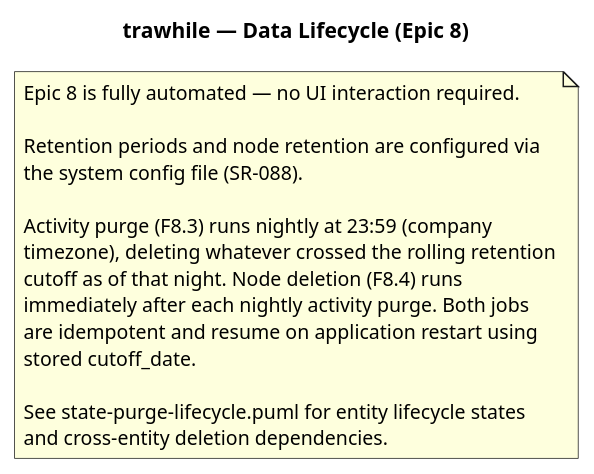
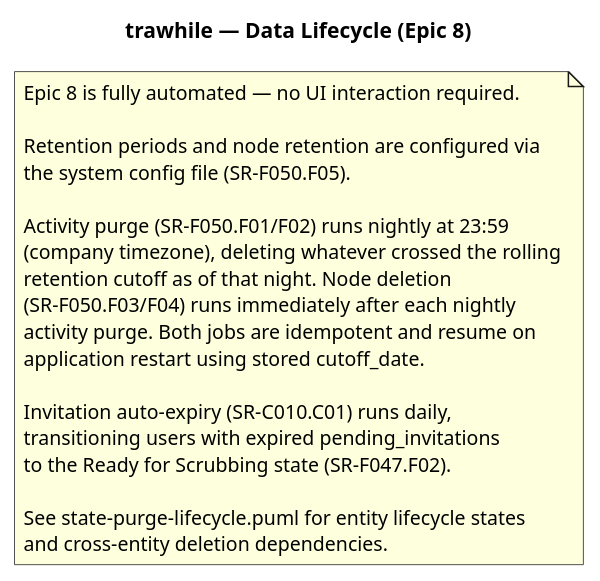
The diagram in docs/uml/use-cases-data-lifecycle.puml (uCore7/trawhile), drawn with PlantUML before and after one commit. The commit also changed 78 other files, not shown here.

```diff
--- a/docs/uml/use-cases-data-lifecycle.puml
+++ b/docs/uml/use-cases-data-lifecycle.puml
@@ -1,21 +1,25 @@
 @startuml use-cases-data-lifecycle
 title trawhile — Data Lifecycle (Epic 8)
 
 note as N
   Epic 8 is fully automated — no UI interaction required.
 
   Retention periods and node retention are configured via
-  the system config file (SR-088).
+  the system config file (SR-F050.F05).
 
-  Activity purge (F8.3) runs nightly at 23:59 (company
-  timezone), deleting whatever crossed the rolling retention
-  cutoff as of that night. Node deletion (F8.4) runs
-  immediately after each nightly activity purge. Both jobs
-  are idempotent and resume on application restart using
-  stored cutoff_date.
+  Activity purge (SR-F050.F01/F02) runs nightly at 23:59
+  (company timezone), deleting whatever crossed the rolling
+  retention cutoff as of that night. Node deletion
+  (SR-F050.F03/F04) runs immediately after each nightly
+  activity purge. Both jobs are idempotent and resume on
+  application restart using stored cutoff_date.
+
+  Invitation auto-expiry (SR-C010.C01) runs daily,
+  transitioning users with expired pending_invitations
+  to the Ready for Scrubbing state (SR-F047.F02).
 
   See state-purge-lifecycle.puml for entity lifecycle states
   and cross-entity deletion dependencies.
 end note
 
 @enduml
```
